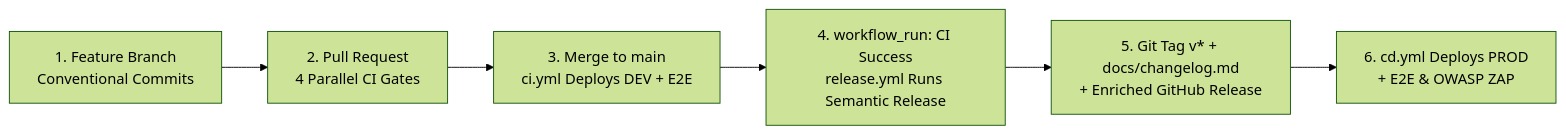
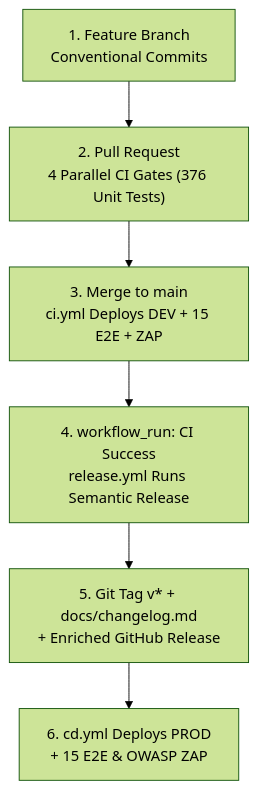
The diagram in docs/release_process.md (venkatesh-singamsetty/cricscore), drawn with Mermaid (forest theme) before and after one commit. The commit also changed other lines of this file and 43 other files, not shown here.

````diff
--- a/docs/release_process.md
+++ b/docs/release_process.md
@@ -5,8 +5,8 @@
 ```mermaid
-flowchart LR
-    A["1. Feature Branch\nConventional Commits"] --> B["2. Pull Request\n4 Parallel CI Gates"]
-    B --> C["3. Merge to main\nci.yml Deploys DEV + E2E"]
+flowchart TD
+    A["1. Feature Branch\nConventional Commits"] --> B["2. Pull Request\n4 Parallel CI Gates (376 Unit Tests)"]
+    B --> C["3. Merge to main\nci.yml Deploys DEV + 15 E2E + ZAP"]
     C --> D["4. workflow_run: CI Success\nrelease.yml Runs Semantic Release"]
     D --> E["5. Git Tag v* + docs/changelog.md\n+ Enriched GitHub Release"]
-    E --> F["6. cd.yml Deploys PROD\n+ E2E & OWASP ZAP"]
+    E --> F["6. cd.yml Deploys PROD\n+ 15 E2E & OWASP ZAP"]
 ```
````
